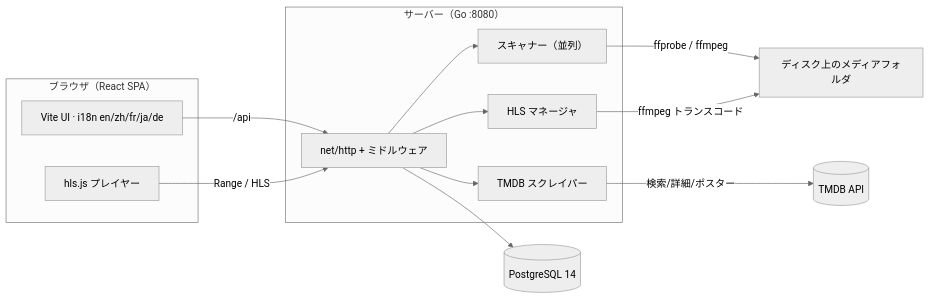
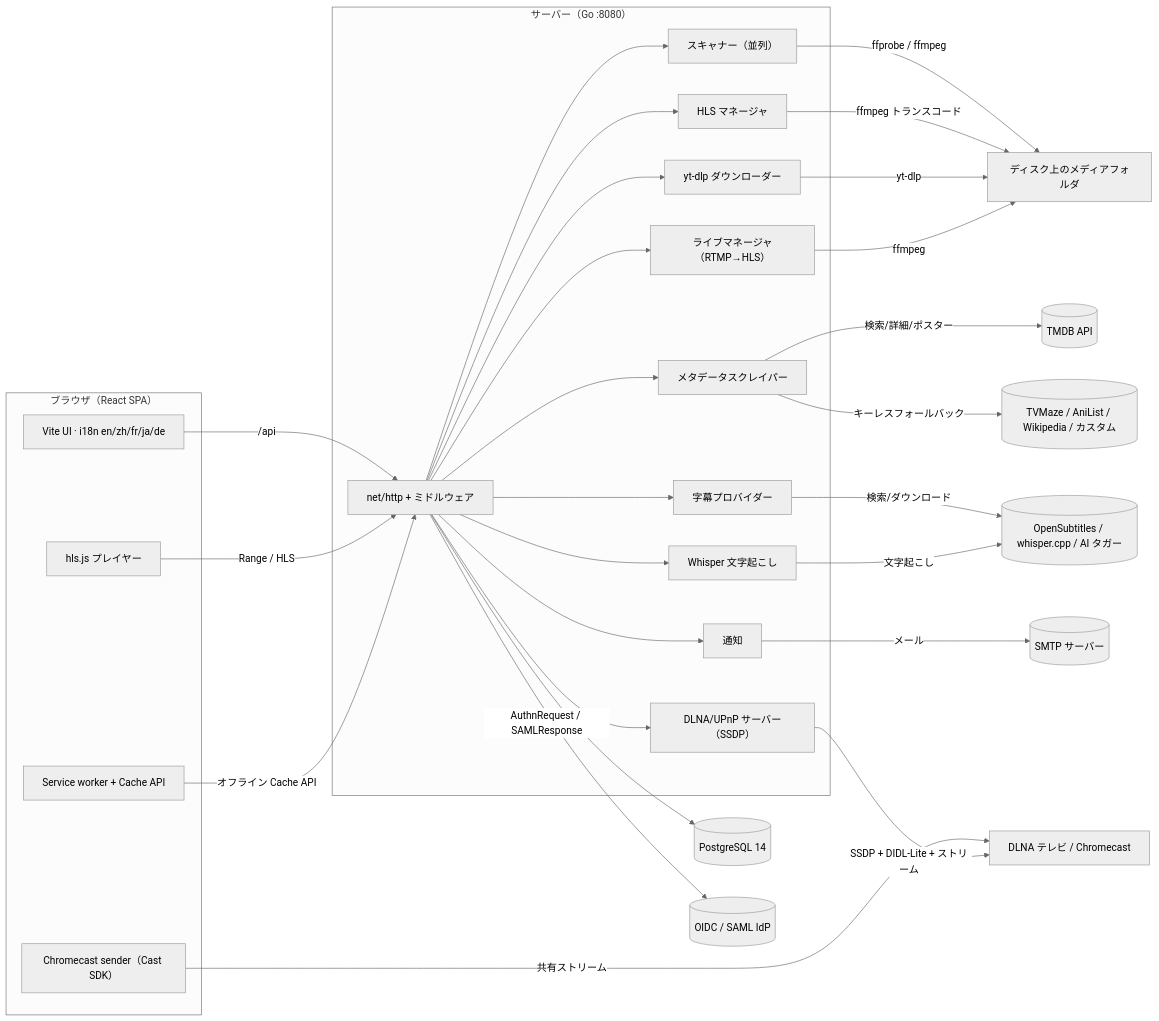
One commit to T-bagwell/videocms changed the first of 4 diagrams in docs/architecture.ja.md. Above: the diagram before and after it, drawn with Mermaid (neutral theme). The commit also changed other lines of this file, not shown here.

Commit message:
docs(architecture.ja): refresh diagrams, schema, config and extension points

````diff
--- a/docs/architecture.ja.md
+++ b/docs/architecture.ja.md
@@ -27,26 +27,55 @@
 ```mermaid
 flowchart LR
     subgraph Browser["ブラウザ（React SPA）"]
         UI["Vite UI · i18n en/zh/fr/ja/de"]
         HLS["hls.js プレイヤー"]
+        CAST["Chromecast sender（Cast SDK）"]
+        PWA["Service worker + Cache API"]
     end
     subgraph Server["サーバー（Go :8080）"]
         API["net/http + ミドルウェア"]
         SCAN["スキャナー（並列）"]
         HLSM["HLS マネージャ"]
-        SCR["TMDB スクレイパー"]
+        SCR["メタデータスクレイパー"]
+        DL["yt-dlp ダウンローダー"]
+        LIVE["ライブマネージャ（RTMP→HLS）"]
+        WHIS["Whisper 文字起こし"]
+        SUB["字幕プロバイダー"]
+        NOT["通知"]
+        DLNA["DLNA/UPnP サーバー（SSDP）"]
     end
     DB[("PostgreSQL 14")]
     DISK["ディスク上のメディアフォルダ"]
     TMDB[("TMDB API")]
+    META[("TVMaze / AniList / Wikipedia / カスタム")]
+    OS[("OpenSubtitles / whisper.cpp / AI タガー")]
+    IDP[("OIDC / SAML IdP")]
+    TV["DLNA テレビ / Chromecast"]
+    SMTP[("SMTP サーバー")]
 
     UI -->|"/api"| API
     HLS -->|"Range / HLS"| API
+    PWA -->|"オフライン Cache API"| API
+    CAST -->|"共有ストリーム"| TV
     API --> DB
     API --> SCAN
     API --> HLSM
     API --> SCR
+    API --> DL
+    API --> LIVE
+    API --> WHIS
+    API --> SUB
+    API --> NOT
+    API --> DLNA
     SCAN -->|"ffprobe / ffmpeg"| DISK
     HLSM -->|"ffmpeg トランスコード"| DISK
+    DL -->|"yt-dlp"| DISK
+    LIVE -->|"ffmpeg"| DISK
     SCR -->|"検索/詳細/ポスター"| TMDB
+    SCR -->|"キーレスフォールバック"| META
+    SUB -->|"検索/ダウンロード"| OS
+    WHIS -->|"文字起こし"| OS
+    DLNA -->|"SSDP + DIDL-Lite + ストリーム"| TV
+    API -->|"AuthnRequest / SAMLResponse"| IDP
+    NOT -->|"メール"| SMTP
 ```
````
